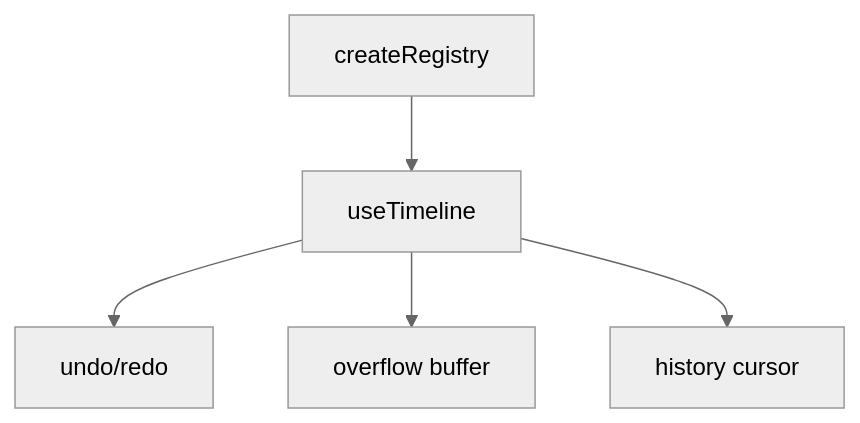
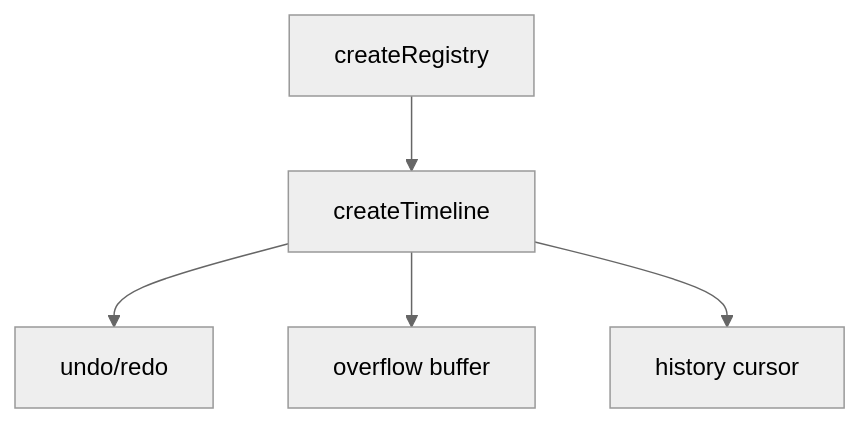
Before and after one commit to vuetifyjs/0: the diagram in apps/docs/src/pages/composables/registration/create-timeline.md, drawn with Mermaid (neutral theme). The commit also changed 1 other file, not shown here.

Commit message:
docs(registration): fix mermaid chart names for createQueue/createTimeline
Update diagrams to use create* prefix consistent with a176071 refactor.

````diff
--- a/apps/docs/src/pages/composables/registration/create-timeline.md
+++ b/apps/docs/src/pages/composables/registration/create-timeline.md
@@ -53,7 +53,7 @@
 ```mermaid "Timeline Hierarchy"
 flowchart TD
-  createRegistry --> useTimeline
-  useTimeline --> undo/redo
-  useTimeline --> overflow[overflow buffer]
-  useTimeline --> cursor[history cursor]
+  createRegistry --> createTimeline
+  createTimeline --> undo/redo
+  createTimeline --> overflow[overflow buffer]
+  createTimeline --> cursor[history cursor]
 ```
````
